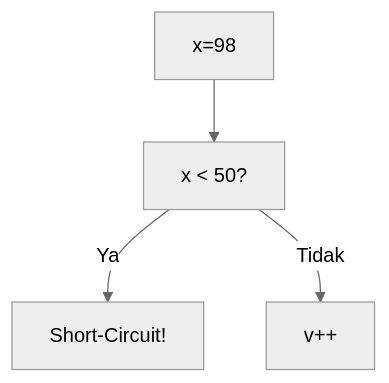
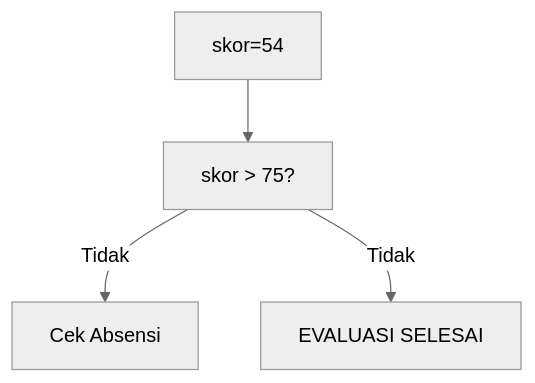
Before and after one commit to amnahwaida/OSNK_INF_PREP: diagram 11 of 25 in part-c-pemahaman-cpp/02-percabangan/latihan/set-03.md, drawn with Mermaid (neutral theme). The commit also changed other lines of this file and 71 other files, not shown here.

````diff
--- a/part-c-pemahaman-cpp/02-percabangan/latihan/set-03.md
+++ b/part-c-pemahaman-cpp/02-percabangan/latihan/set-03.md
@@ -303,6 +318,6 @@
 ```mermaid
 graph TD
-A["x=98"] --> B["x < 50?"]
-B -- Ya --> C["Short-Circuit!"]
-B -- Tidak --> D["v++"]
+A["skor=54"] --> B["skor > 75?"]
+B -- Tidak --> C["Cek Absensi"]
+B -- Tidak --> D["EVALUASI SELESAI"]
 ```
````
